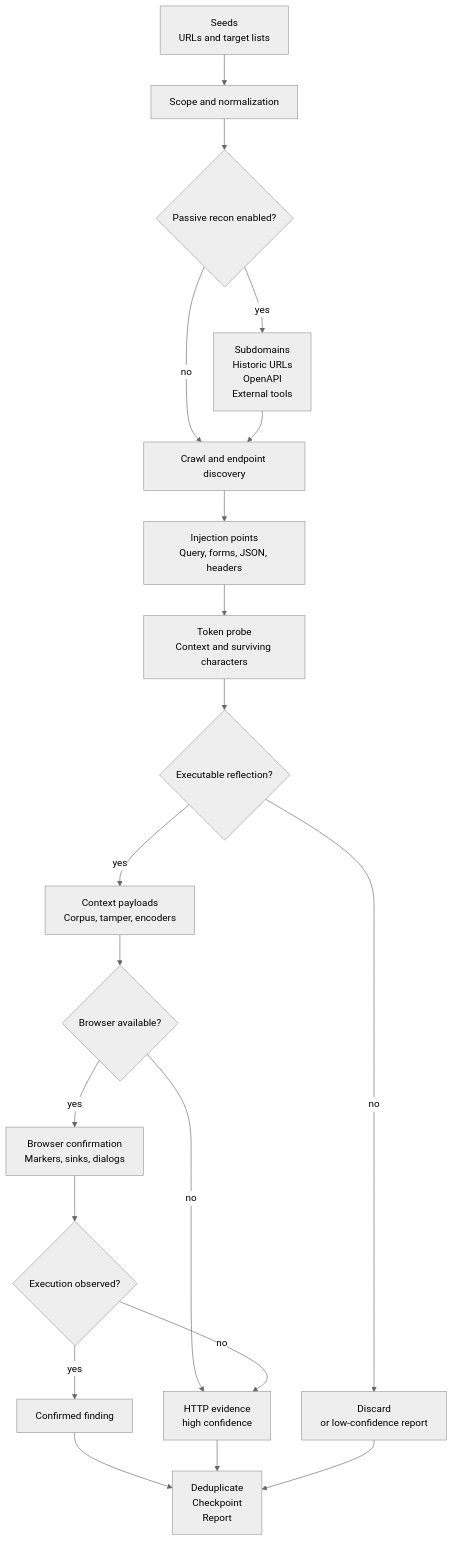
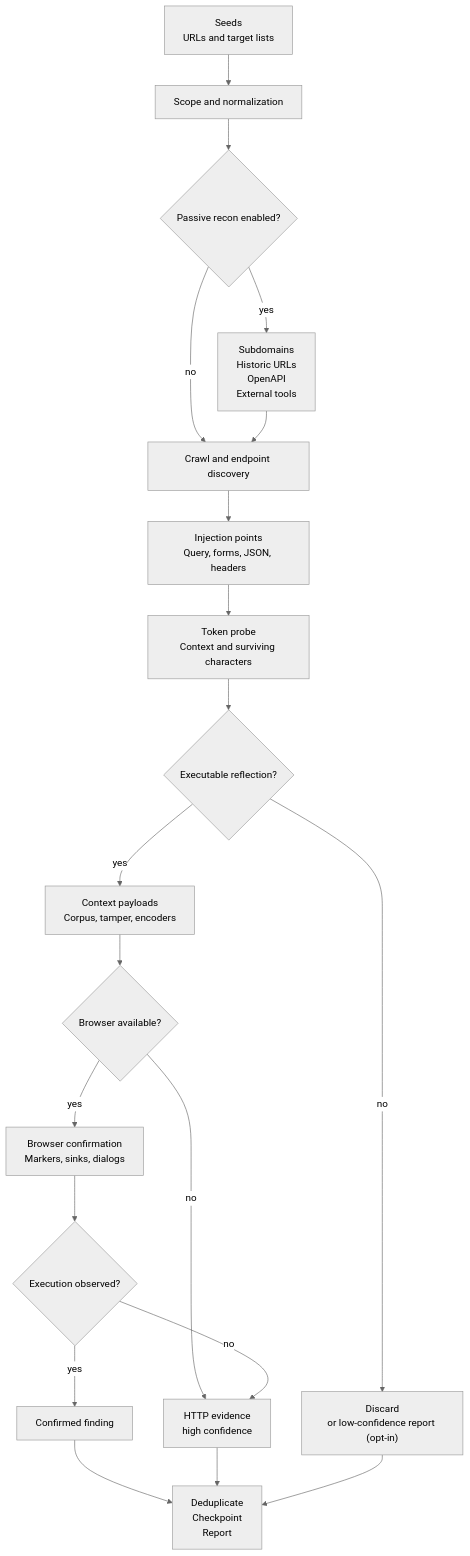
Before and after one commit to gl1tch0x1/xoxss: the diagram in README.md, drawn with Mermaid (neutral theme). The commit also changed other lines of this file and 3 other files, not shown here.

````diff
--- a/README.md
+++ b/README.md
@@ -139,22 +140,22 @@
 ```mermaid
 flowchart TD
     A["Seeds<br/>URLs and target lists"] --> B["Scope and normalization"]
     B --> C{"Passive recon enabled?"}
     C -->|yes| D["Subdomains<br/>Historic URLs<br/>OpenAPI<br/>External tools"]
     C -->|no| E["Crawl and endpoint discovery"]
     D --> E
     E --> F["Injection points<br/>Query, forms, JSON, headers"]
     F --> G["Token probe<br/>Context and surviving characters"]
     G --> H{"Executable reflection?"}
-    H -->|no| I["Discard<br/>or low-confidence report"]
+    H -->|no| I["Discard<br/>or low-confidence report (opt-in)"]
     H -->|yes| J["Context payloads<br/>Corpus, tamper, encoders"]
     J --> K{"Browser available?"}
     K -->|no| L["HTTP evidence<br/>high confidence"]
     K -->|yes| M["Browser confirmation<br/>Markers, sinks, dialogs"]
     M --> N{"Execution observed?"}
     N -->|yes| O["Confirmed finding"]
     N -->|no| L
     O --> P["Deduplicate<br/>Checkpoint<br/>Report"]
     L --> P
     I --> P
 ```
````
